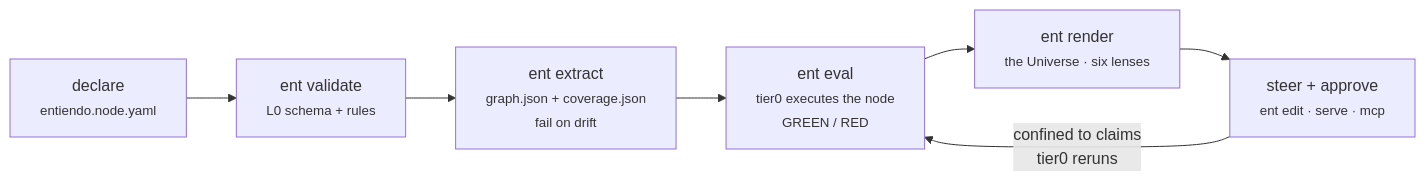
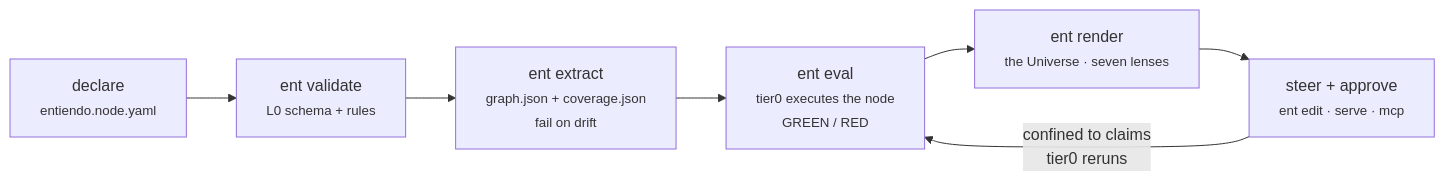
The second of 3 diagrams in README.md (akashcheema05796-del/Entiendo), drawn with Mermaid before and after one commit. The commit also changed other lines of this file and 4 other files, not shown here.

````diff
--- a/README.md
+++ b/README.md
@@ -330,9 +363,9 @@
 ```mermaid
 flowchart LR
   D["declare<br/><small>entiendo.node.yaml</small>"] --> V["ent validate<br/><small>L0 schema + rules</small>"]
   V --> X["ent extract<br/><small>graph.json + coverage.json<br/>fail on drift</small>"]
   X --> E["ent eval<br/><small>tier0 executes the node<br/>GREEN / RED</small>"]
-  E --> R["ent render<br/><small>the Universe · six lenses</small>"]
+  E --> R["ent render<br/><small>the Universe · seven lenses</small>"]
   R --> C["steer + approve<br/><small>ent edit · serve · mcp</small>"]
   C -->|"confined to claims<br/>tier0 reruns"| E
 ```
````
